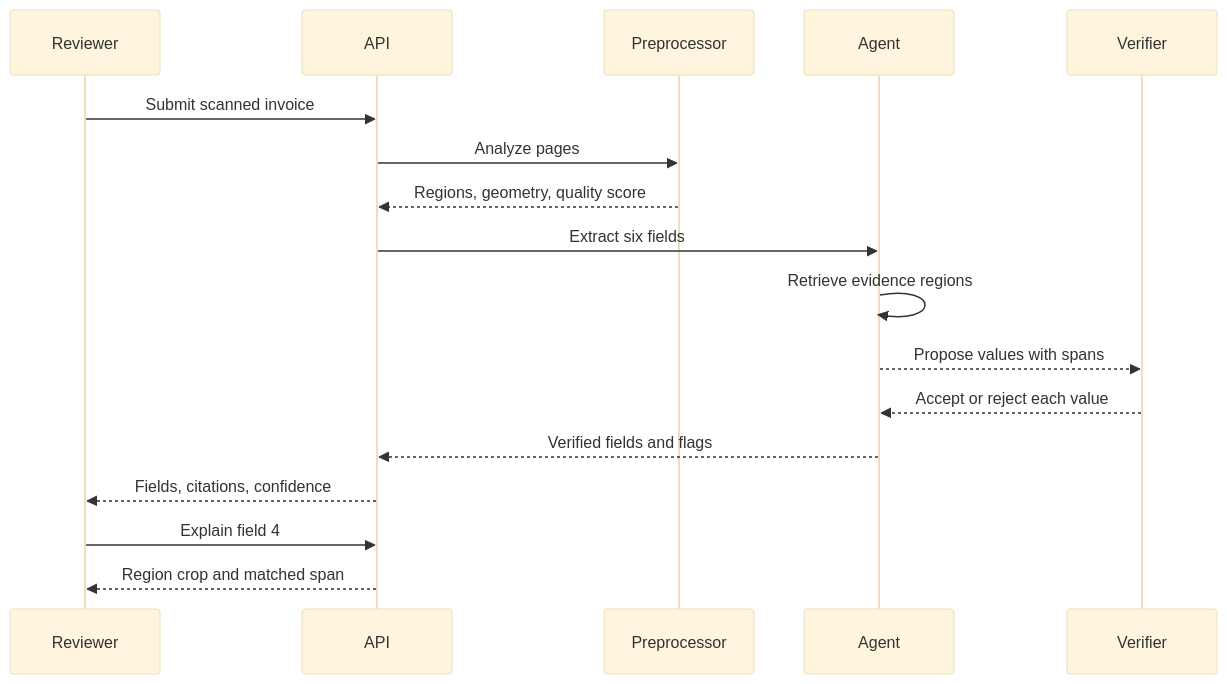
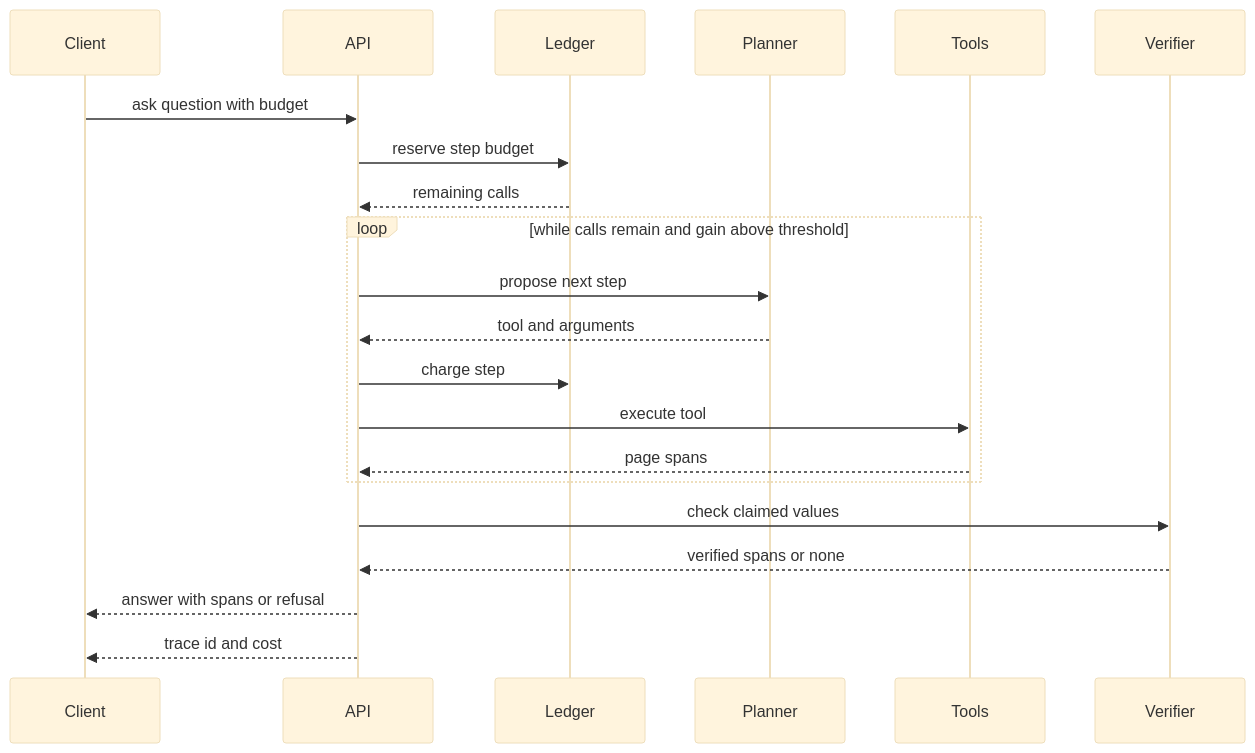
One commit to strng-fer/ai-portfolio-architect changed the diagram in portfolios/indocyber_global_teknologi_ai_engineer/diagrams/user_workflow.mmd. Above: the diagram before and after it, drawn with Mermaid (base theme). The commit also changed 16 other files, not shown here.

```diff
--- a/portfolios/indocyber_global_teknologi_ai_engineer/diagrams/user_workflow.mmd
+++ b/portfolios/indocyber_global_teknologi_ai_engineer/diagrams/user_workflow.mmd
@@ -1,18 +1,22 @@
 sequenceDiagram
-    participant R as Reviewer
-    participant A as API
-    participant P as Preprocessor
-    participant G as Agent
-    participant V as Verifier
+    participant Client
+    participant API
+    participant Ledger
+    participant Planner
+    participant Tools
+    participant Verifier
 
-    R->>A: Submit scanned invoice
-    A->>P: Analyze pages
-    P-->>A: Regions, geometry, quality score
-    A->>G: Extract six fields
-    G->>G: Retrieve evidence regions
-    G-->>V: Propose values with spans
-    V-->>G: Accept or reject each value
-    G-->>A: Verified fields and flags
-    A-->>R: Fields, citations, confidence
-    R->>A: Explain field 4
-    A-->>R: Region crop and matched span
+    Client->>API: ask question with budget
+    API->>Ledger: reserve step budget
+    Ledger-->>API: remaining calls
+    loop while calls remain and gain above threshold
+        API->>Planner: propose next step
+        Planner-->>API: tool and arguments
+        API->>Ledger: charge step
+        API->>Tools: execute tool
+        Tools-->>API: page spans
+    end
+    API->>Verifier: check claimed values
+    Verifier-->>API: verified spans or none
+    API-->>Client: answer with spans or refusal
+    API-->>Client: trace id and cost
```
